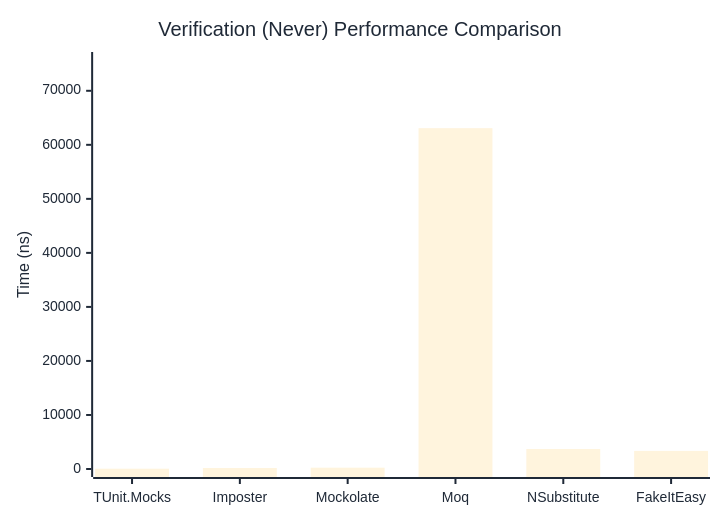
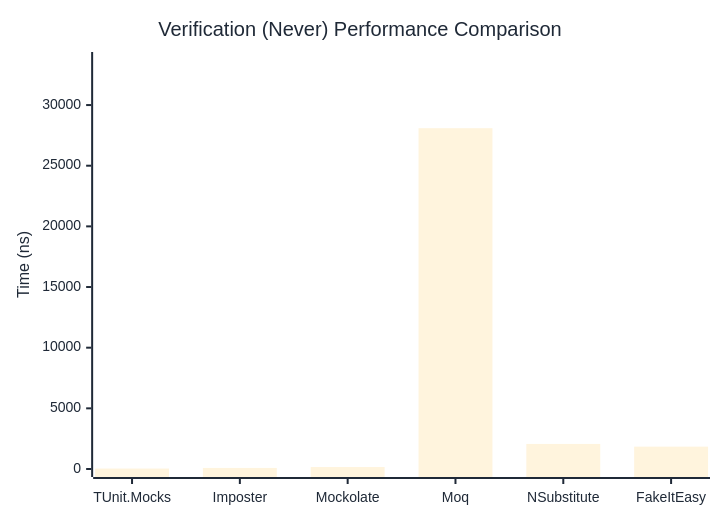
Before and after one commit to thomhurst/TUnit: the second of 3 diagrams in docs/docs/benchmarks/mocks/Verification.md, drawn with Mermaid. The commit also changed other lines of this file and 14 other files, not shown here.

````diff
--- a/docs/docs/benchmarks/mocks/Verification.md
+++ b/docs/docs/benchmarks/mocks/Verification.md
@@ -71,27 +71,27 @@
 ```mermaid
 %%{init: {
   'theme':'base',
   'themeVariables': {
     'primaryColor': '#2563eb',
     'primaryTextColor': '#1f2937',
     'primaryBorderColor': '#1e40af',
     'lineColor': '#6b7280',
     'secondaryColor': '#7c3aed',
     'tertiaryColor': '#dc2626',
     'background': '#ffffff',
     'pie1': '#2563eb',
     'pie2': '#7c3aed',
     'pie3': '#dc2626',
     'pie4': '#f59e0b',
     'pie5': '#10b981',
     'pie6': '#06b6d4',
     'pie7': '#ec4899',
     'pie8': '#6366f1'
   }
 }}%%
 xychart-beta
   title "Verification (Never) Performance Comparison"
   x-axis ["TUnit.Mocks", "Imposter", "Mockolate", "Moq", "NSubstitute", "FakeItEasy"]
-  y-axis "Time (ns)" 0 --> 75699
-  bar [56.9, 182.56, 244.02, 63082.1, 3701.95, 3347.7]
+  y-axis "Time (ns)" 0 --> 33714
+  bar [35.26, 88.05, 161.78, 28094.18, 2066.26, 1842.57]
 ```
````
